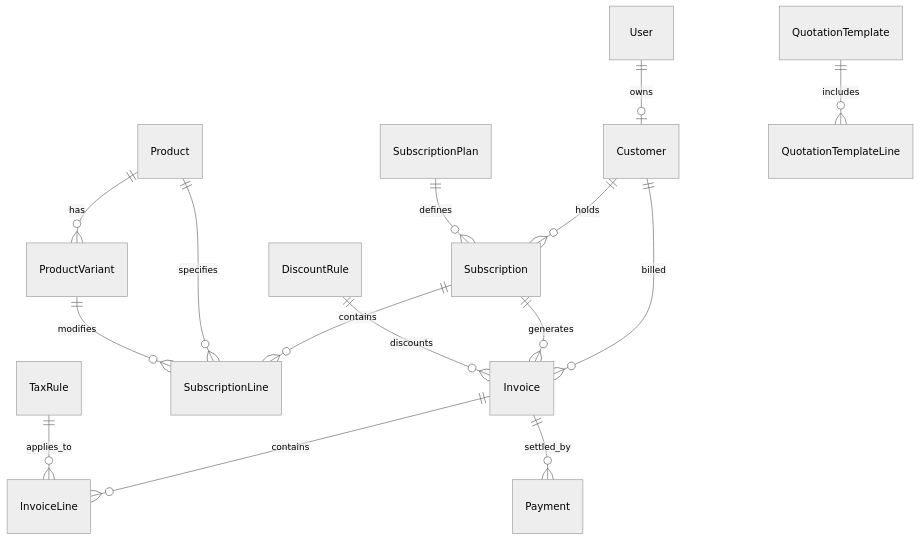
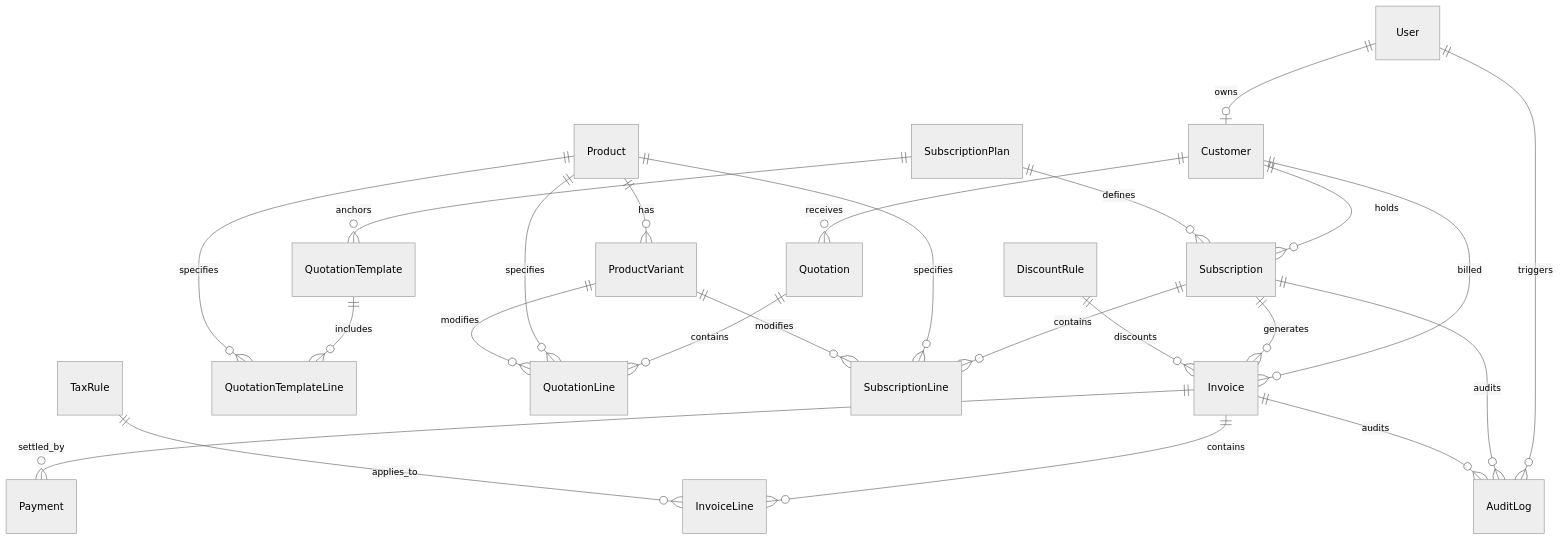
Before and after one commit to aloshy0/Makeaton: the diagram in docs/DATABASE_DESIGN.md, drawn with Mermaid (neutral theme). The commit also changed other lines of this file and 58 other files, not shown here.

Commit message:
chore: complete development environment setup and architecture audit

````diff
--- a/docs/DATABASE_DESIGN.md
+++ b/docs/DATABASE_DESIGN.md
@@ -8,21 +13,34 @@
 ```mermaid
 erDiagram
     User ||--o| Customer : "owns"
+    User ||--o{ AuditLog : "triggers"
+
+    Customer ||--o{ Quotation : "receives"
     Customer ||--o{ Subscription : "holds"
     Customer ||--o{ Invoice : "billed"
-    
+
     Product ||--o{ ProductVariant : "has"
+    SubscriptionPlan ||--o{ QuotationTemplate : "anchors"
     SubscriptionPlan ||--o{ Subscription : "defines"
-    
+
+    QuotationTemplate ||--o{ QuotationTemplateLine : "includes"
+    Product ||--o{ QuotationTemplateLine : "specifies"
+
+    Quotation ||--o{ QuotationLine : "contains"
+    Product ||--o{ QuotationLine : "specifies"
+    ProductVariant ||--o{ QuotationLine : "modifies"
+
     Subscription ||--o{ SubscriptionLine : "contains"
     Product ||--o{ SubscriptionLine : "specifies"
     ProductVariant ||--o{ SubscriptionLine : "modifies"
-    
+
     Subscription ||--o{ Invoice : "generates"
     Invoice ||--o{ InvoiceLine : "contains"
     Invoice ||--o{ Payment : "settled_by"
-    
+
     TaxRule ||--o{ InvoiceLine : "applies_to"
     DiscountRule ||--o{ Invoice : "discounts"
-    QuotationTemplate ||--o{ QuotationTemplateLine : "includes"
+
+    Subscription ||--o{ AuditLog : "audits"
+    Invoice ||--o{ AuditLog : "audits"
 ```
````
